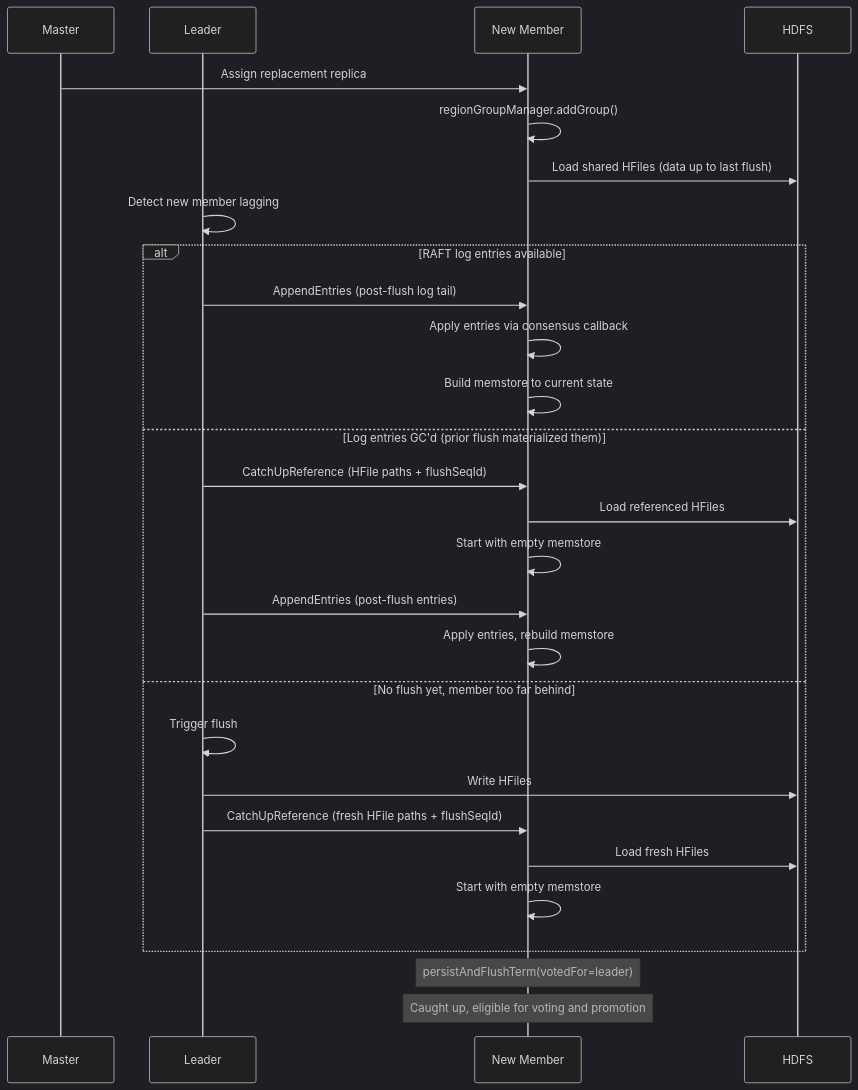
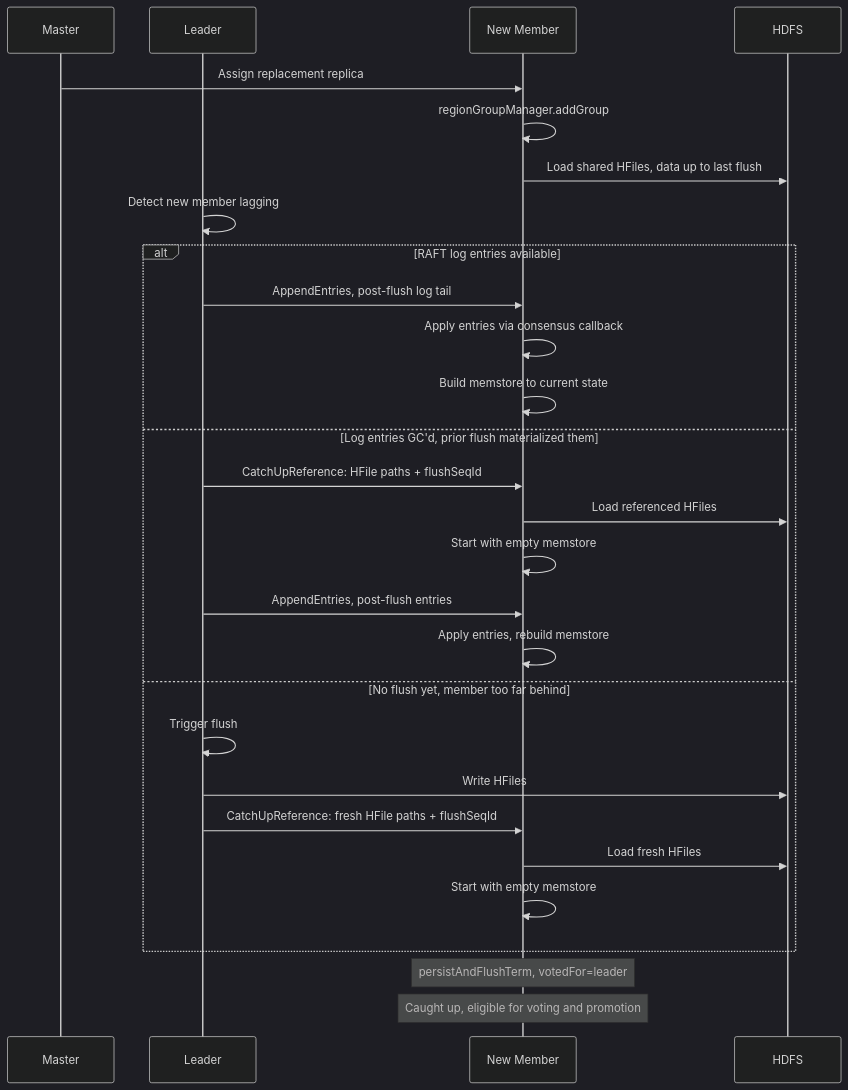
Before and after one commit to apurtell/hbase: diagram 14 of 16 in RAFT_REGION_REPLICAS.md, drawn with Mermaid (dark theme). The commit also changed other lines of this file and 6 other files, not shown here.

````diff
--- a/RAFT_REGION_REPLICAS.md
+++ b/RAFT_REGION_REPLICAS.md
@@ -1045,35 +1034,35 @@
 ```mermaid
 sequenceDiagram
     participant M as Master
     participant L as Leader
     participant N as New Member
     participant HDFS as HDFS
 
     M->>N: Assign replacement replica
-    N->>N: regionGroupManager.addGroup()
+    N->>N: regionGroupManager.addGroup
 
-    N->>HDFS: Load shared HFiles (data up to last flush)
+    N->>HDFS: Load shared HFiles, data up to last flush
 
     L->>L: Detect new member lagging
 
     alt RAFT log entries available
-        L->>N: AppendEntries (post-flush log tail)
+        L->>N: AppendEntries, post-flush log tail
         N->>N: Apply entries via consensus callback
         N->>N: Build memstore to current state
-    else Log entries GC'd (prior flush materialized them)
-        L->>N: CatchUpReference (HFile paths + flushSeqId)
+    else Log entries GC'd, prior flush materialized them
+        L->>N: CatchUpReference: HFile paths + flushSeqId
         N->>HDFS: Load referenced HFiles
         N->>N: Start with empty memstore
-        L->>N: AppendEntries (post-flush entries)
+        L->>N: AppendEntries, post-flush entries
         N->>N: Apply entries, rebuild memstore
     else No flush yet, member too far behind
         L->>L: Trigger flush
         L->>HDFS: Write HFiles
-        L->>N: CatchUpReference (fresh HFile paths + flushSeqId)
+        L->>N: CatchUpReference: fresh HFile paths + flushSeqId
         N->>HDFS: Load fresh HFiles
         N->>N: Start with empty memstore
     end
 
-    Note over N: persistAndFlushTerm(votedFor=leader)
+    Note over N: persistAndFlushTerm, votedFor=leader
     Note over N: Caught up, eligible for voting and promotion
 ```
````
